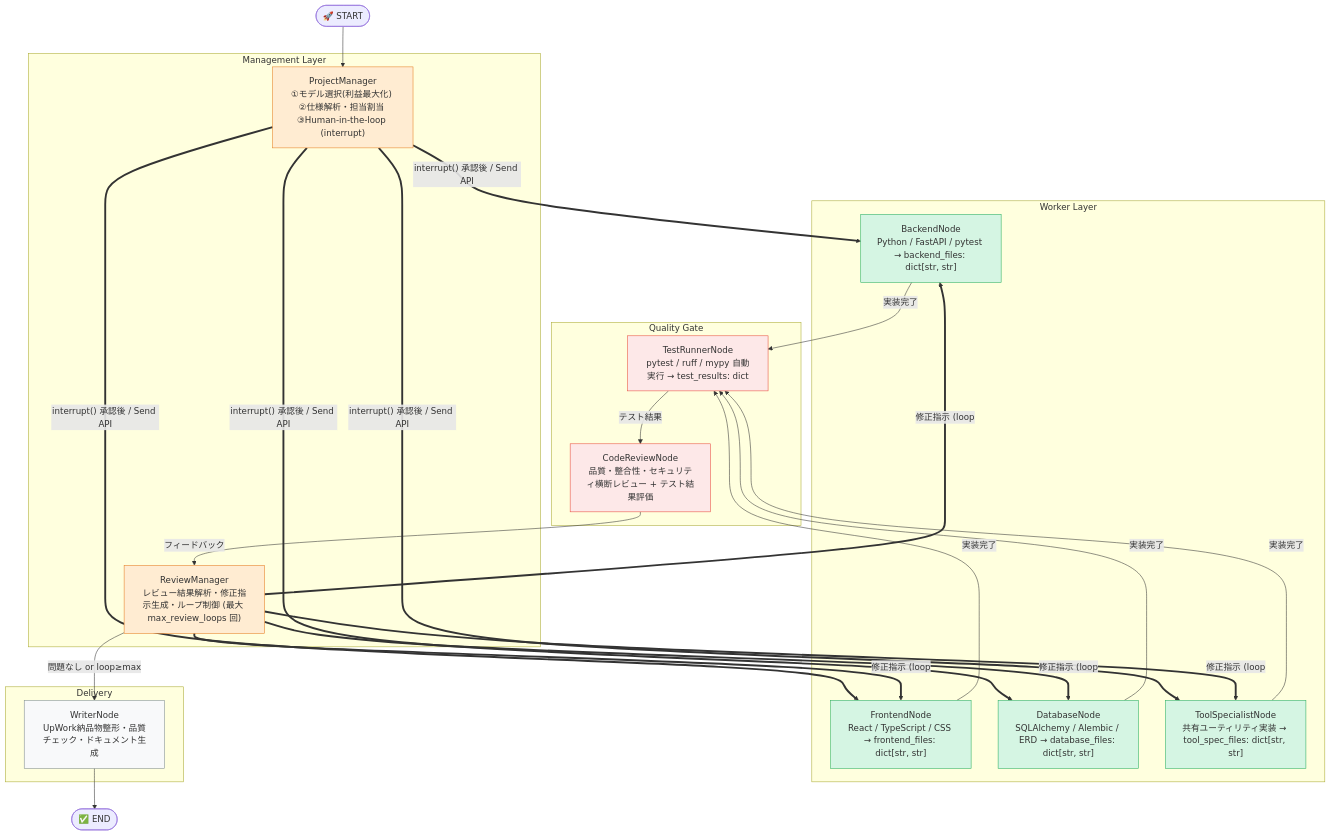
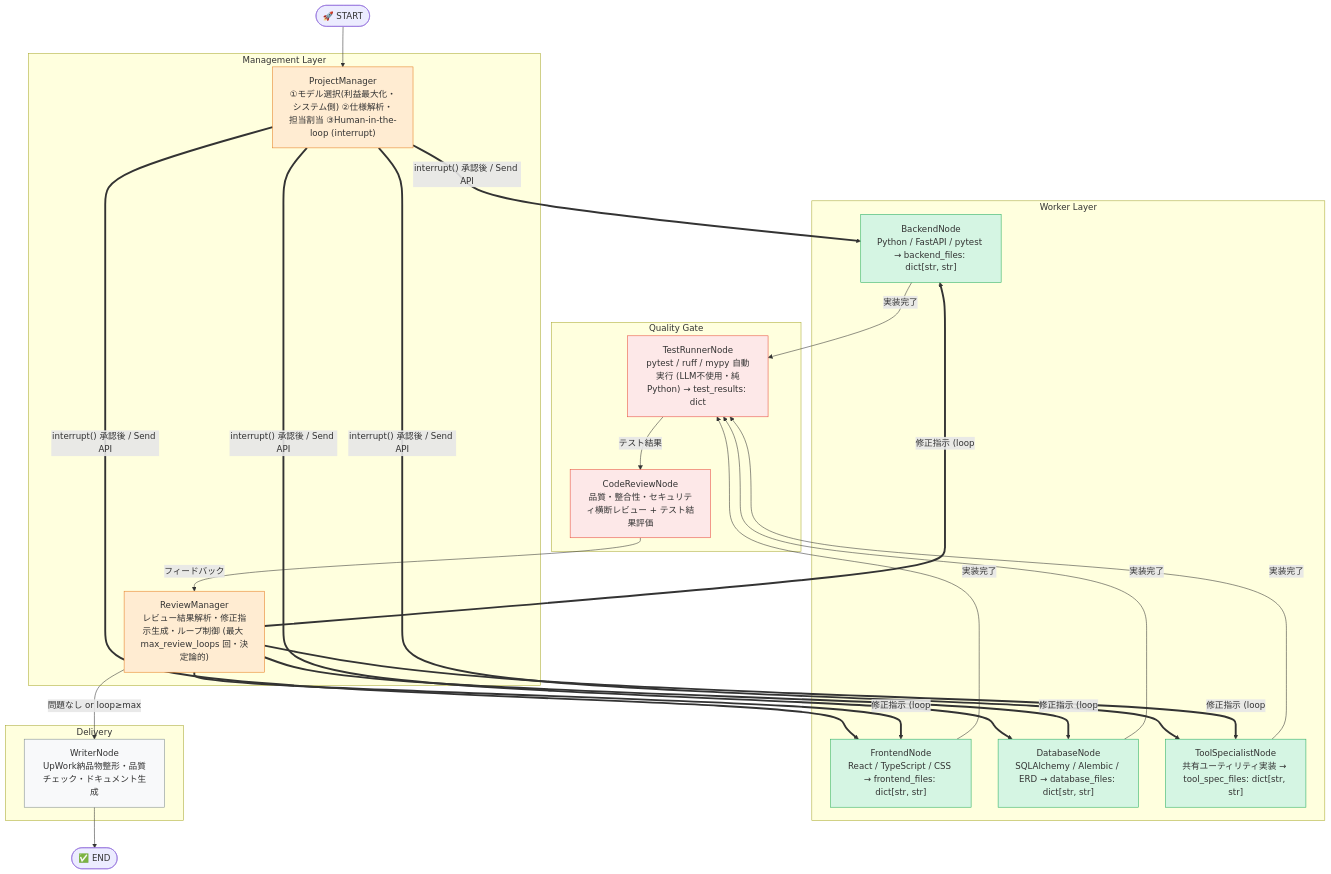
Before and after one commit to BBQ-Meat999/test-BBQ: the first of 4 diagrams in docs/architecture.md, drawn with Mermaid. The commit also changed other lines of this file and 30 other files, not shown here.

````diff
--- a/docs/architecture.md
+++ b/docs/architecture.md
@@ -11,48 +11,48 @@
 ```mermaid
 flowchart TD
     subgraph MANAGEMENT["Management Layer"]
-        project_manager["ProjectManager\n①モデル選択(利益最大化) ②仕様解析・担当割当 ③Human-in-the-loop (interrupt)"]
-        review_manager["ReviewManager\nレビュー結果解析・修正指示生成・ループ制御 (最大 max_review_loops 回)"]
+        project_manager["ProjectManager\n①モデル選択(利益最大化・システム側) ②仕様解析・担当割当 ③Human-in-the-loop (interrupt)"]
+        review_manager["ReviewManager\nレビュー結果解析・修正指示生成・ループ制御 (最大 max_review_loops 回・決定論的)"]
     end
     subgraph WORKER["Worker Layer"]
         backend["BackendNode\nPython / FastAPI / pytest → backend_files: dict[str, str]"]
         frontend["FrontendNode\nReact / TypeScript / CSS → frontend_files: dict[str, str]"]
         database["DatabaseNode\nSQLAlchemy / Alembic / ERD → database_files: dict[str, str]"]
         tool_specialist["ToolSpecialistNode\n共有ユーティリティ実装 → tool_spec_files: dict[str, str]"]
     end
     subgraph QUALITY["Quality Gate"]
-        test_runner["TestRunnerNode\npytest / ruff / mypy 自動実行 → test_results: dict"]
+        test_runner["TestRunnerNode\npytest / ruff / mypy 自動実行 (LLM不使用・純Python) → test_results: dict"]
         code_review["CodeReviewNode\n品質・整合性・セキュリティ横断レビュー + テスト結果評価"]
     end
     subgraph DELIVERY["Delivery"]
         writer["WriterNode\nUpWork納品物整形・品質チェック・ドキュメント生成"]
     end
     START(["🚀 START"])
     END(["✅ END"])
     START --> project_manager
     project_manager ==>|"interrupt() 承認後 / Send API"| backend
     project_manager ==>|"interrupt() 承認後 / Send API"| frontend
     project_manager ==>|"interrupt() 承認後 / Send API"| database
     project_manager ==>|"interrupt() 承認後 / Send API"| tool_specialist
     backend -->|"実装完了"| test_runner
     frontend -->|"実装完了"| test_runner
     database -->|"実装完了"| test_runner
     tool_specialist -->|"実装完了"| test_runner
     test_runner -->|"テスト結果"| code_review
     code_review -->|"フィードバック"| review_manager
     review_manager ==>|"修正指示 (loop<max)"| backend
     review_manager ==>|"修正指示 (loop<max)"| frontend
     review_manager ==>|"修正指示 (loop<max)"| database
     review_manager ==>|"修正指示 (loop<max)"| tool_specialist
     review_manager -->|"問題なし or loop≥max"| writer
     writer --> END
     style project_manager fill:#ffecd2,stroke:#e67e22
     style review_manager fill:#ffecd2,stroke:#e67e22
     style backend fill:#d5f5e3,stroke:#27ae60
     style frontend fill:#d5f5e3,stroke:#27ae60
     style database fill:#d5f5e3,stroke:#27ae60
     style tool_specialist fill:#d5f5e3,stroke:#27ae60
     style test_runner fill:#fde8e8,stroke:#e74c3c
     style code_review fill:#fde8e8,stroke:#e74c3c
     style writer fill:#f8f9fa,stroke:#7f8c8d
 ```
````
